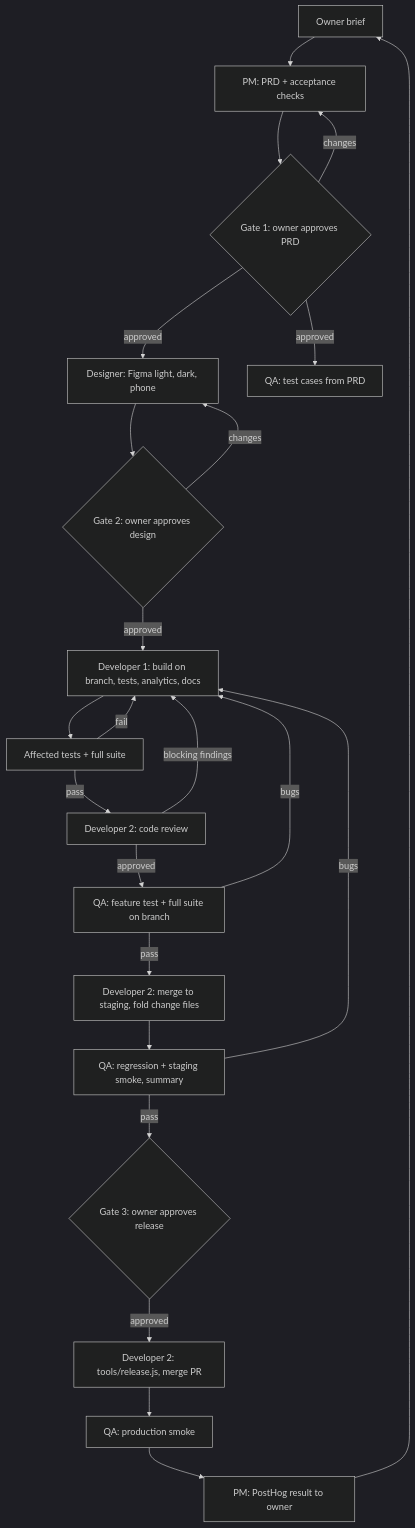
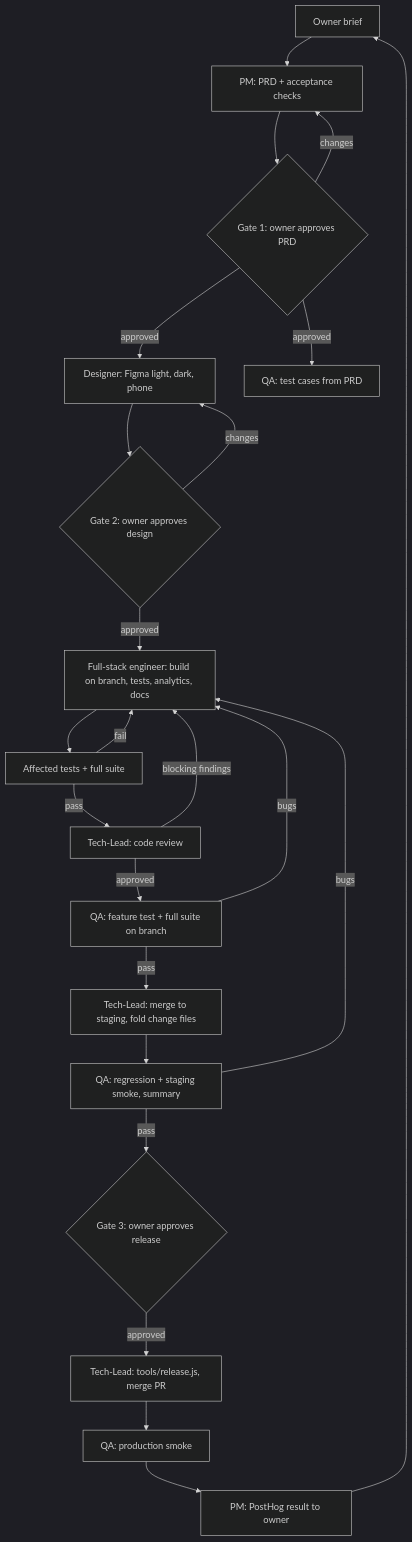
Before and after one commit to sryajaya28/spending_tracker: the diagram in docs/WORKFLOW.md, drawn with Mermaid (dark theme). The commit also changed other lines of this file and 8 other files, not shown here.

First line of the commit message:
Rename Developer 1 and 2: Full-stack engineer and Tech-Lead (display names only)

````diff
--- a/docs/WORKFLOW.md
+++ b/docs/WORKFLOW.md
@@ -6,25 +6,25 @@
 ```mermaid
 flowchart TD
   O[Owner brief] --> PM[PM: PRD + acceptance checks]
   PM --> G1{Gate 1: owner approves PRD}
   G1 -- changes --> PM
   G1 -- approved --> D[Designer: Figma light, dark, phone]
   G1 -- approved --> QA1[QA: test cases from PRD]
   D --> G2{Gate 2: owner approves design}
   G2 -- changes --> D
-  G2 -- approved --> DEV[Developer 1: build on branch, tests, analytics, docs]
+  G2 -- approved --> DEV[Full-stack engineer: build on branch, tests, analytics, docs]
   DEV --> CI[Affected tests + full suite]
   CI -- fail --> DEV
-  CI -- pass --> REV[Developer 2: code review]
+  CI -- pass --> REV[Tech-Lead: code review]
   REV -- blocking findings --> DEV
   REV -- approved --> QA2[QA: feature test + full suite on branch]
   QA2 -- bugs --> DEV
-  QA2 -- pass --> INT[Developer 2: merge to staging, fold change files]
+  QA2 -- pass --> INT[Tech-Lead: merge to staging, fold change files]
   INT --> QA3[QA: regression + staging smoke, summary]
   QA3 -- bugs --> DEV
   QA3 -- pass --> G3{Gate 3: owner approves release}
-  G3 -- approved --> REL[Developer 2: tools/release.js, merge PR]
+  G3 -- approved --> REL[Tech-Lead: tools/release.js, merge PR]
   REL --> QA4[QA: production smoke]
   QA4 --> PH[PM: PostHog result to owner]
   PH --> O
 ```
````
